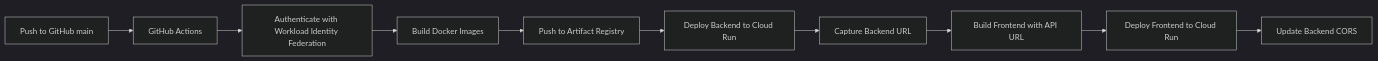
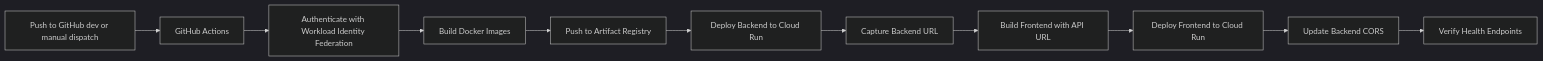
Before and after one commit to Manan2606/QueryShield_AI: the third of 3 diagrams in docs/gcp-architecture.md, drawn with Mermaid (dark theme). The commit also changed other lines of this file and 35 other files, not shown here.

````diff
--- a/docs/gcp-architecture.md
+++ b/docs/gcp-architecture.md
@@ -31,12 +106,13 @@
 ```mermaid
 flowchart LR
-    Dev[Push to GitHub main] --> GA[GitHub Actions]
+    Dev[Push to GitHub dev or manual dispatch] --> GA[GitHub Actions]
     GA --> Auth[Authenticate with Workload Identity Federation]
     Auth --> Build[Build Docker Images]
     Build --> Push[Push to Artifact Registry]
     Push --> DeployBackend[Deploy Backend to Cloud Run]
     DeployBackend --> BackendURL[Capture Backend URL]
     BackendURL --> BuildFrontend[Build Frontend with API URL]
     BuildFrontend --> DeployFrontend[Deploy Frontend to Cloud Run]
     DeployFrontend --> UpdateCORS[Update Backend CORS]
+    UpdateCORS --> Verify[Verify Health Endpoints]
 ```
````
